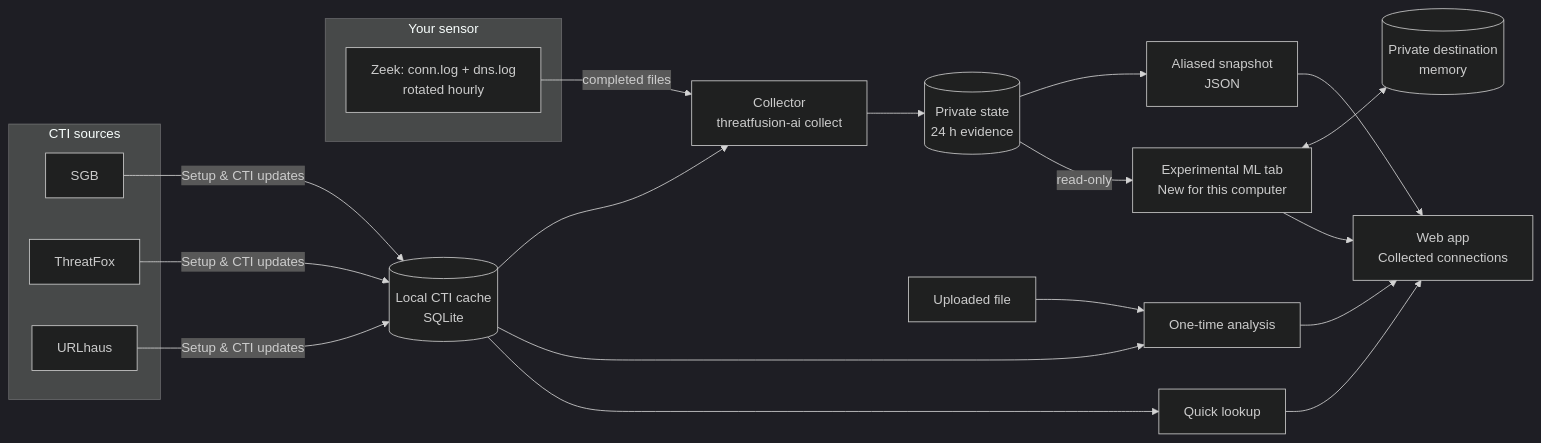
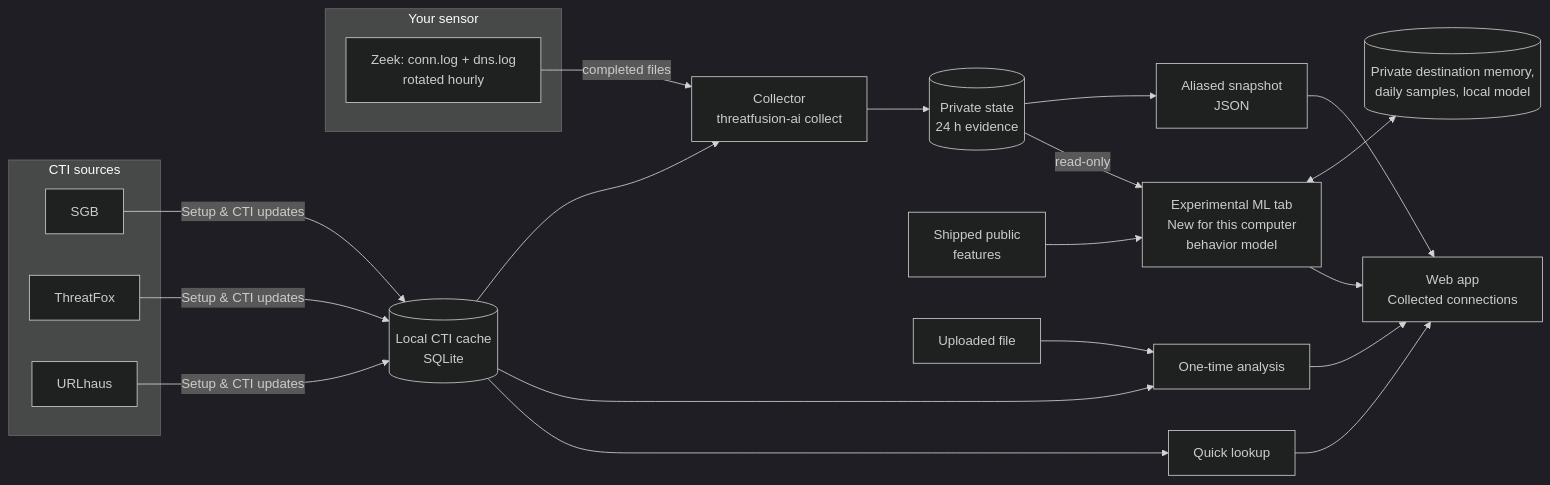
The diagram in docs/ARCHITECTURE.md (ConquestorYa/threatfusion-ai), drawn with Mermaid (dark theme) before and after one commit. The commit also changed other lines of this file and 17 other files, not shown here.

First line of the commit message:
feat(ml): behavior model trained on each computer

```diff
--- a/docs/ARCHITECTURE.md
+++ b/docs/ARCHITECTURE.md
@@ -10,23 +10,24 @@
 ~~~mermaid
 flowchart LR
     subgraph SENSOR["Your sensor"]
         ZEEK[Zeek: conn.log + dns.log<br/>rotated hourly]
     end
     subgraph CTI["CTI sources"]
         SGB[SGB]
         TF[ThreatFox]
         UH[URLhaus]
     end
     SGB & TF & UH -->|Setup & CTI updates| CACHE[(Local CTI cache<br/>SQLite)]
     ZEEK -->|completed files| COLLECTOR[Collector<br/>threatfusion-ai collect]
     CACHE --> COLLECTOR
     COLLECTOR --> STATE[(Private state<br/>24 h evidence)]
     STATE --> SNAPSHOT[Aliased snapshot<br/>JSON]
     SNAPSHOT --> UI[Web app<br/>Collected connections]
-    STATE -->|read-only| ML[Experimental ML tab<br/>New for this computer]
-    ML <--> MEMORY[(Private destination<br/>memory)]
+    STATE -->|read-only| ML[Experimental ML tab<br/>New for this computer<br/>behavior model]
+    ML <--> MEMORY[(Private destination memory,<br/>daily samples, local model)]
+    PACK[Shipped public<br/>features] --> ML
     ML --> UI
     UPLOAD[Uploaded file] --> ANALYSIS[One-time analysis] --> UI
     CACHE --> ANALYSIS
     CACHE --> LOOKUP[Quick lookup] --> UI
 ~~~
```
